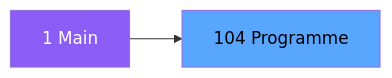
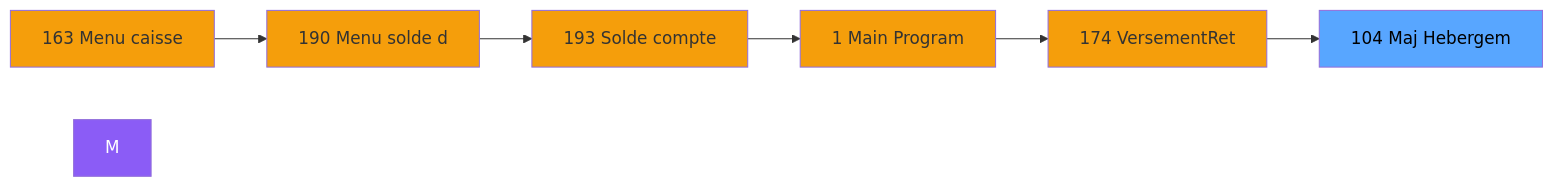
The second of 3 diagrams in .openspec/specs/ADH-IDE-104.md (thonyAGP/magic-migration), drawn with Mermaid before and after one commit. The commit also changed other lines of this file and 323 other files, not shown here.

````diff
--- a/.openspec/specs/ADH-IDE-104.md
+++ b/.openspec/specs/ADH-IDE-104.md
@@ -99,8 +114,21 @@
 ```mermaid
 graph LR
-    M[1 Main]
-    T[104 Programme]
-    M --> T
+    N163[163 Menu caisse ]
+    N190[190 Menu solde d]
+    N193[193 Solde compte]
+    N1[1 Main Program]
+    N174[174 VersementRet]
+    T[104 Maj Hebergem]
+    N163 --> N190
+    N190 --> N193
+    N193 --> N1
+    N1 --> N174
+    N174 --> T
     style M fill:#8b5cf6,color:#fff
+    style N163 fill:#f59e0b
+    style N190 fill:#f59e0b
+    style N193 fill:#f59e0b
+    style N1 fill:#f59e0b
+    style N174 fill:#f59e0b
     style T fill:#58a6ff,color:#000
 ```
````
